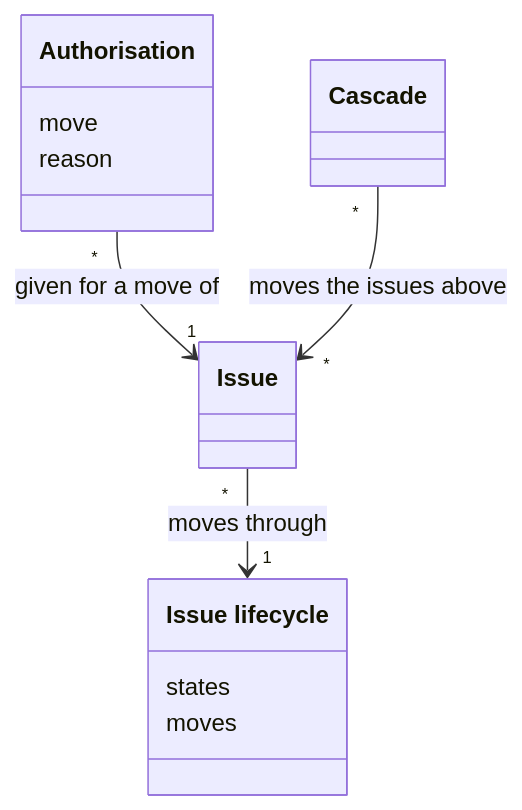
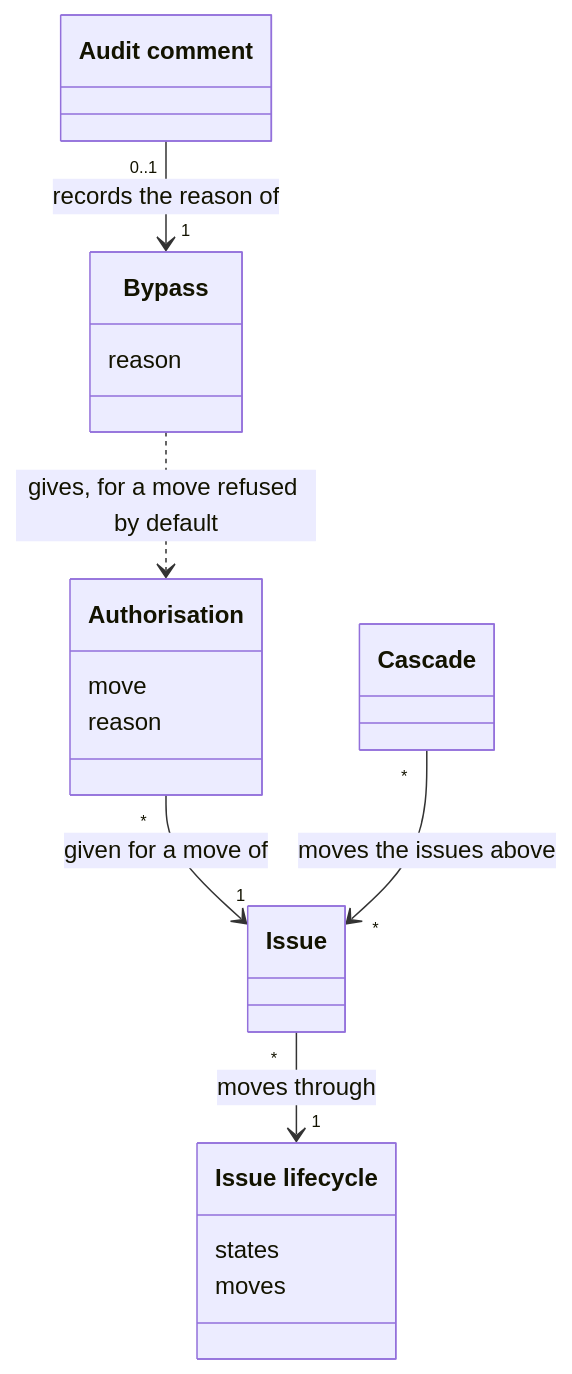
Before and after one commit to aleskalfas/project-kit: the first of 3 diagrams in tech-docs/analysis/project-management/domain-model/030-the-issue-lifecycle.md, drawn with Mermaid. The commit also changed other lines of this file and 11 other files, not shown here.

````diff
--- a/tech-docs/analysis/project-management/domain-model/030-the-issue-lifecycle.md
+++ b/tech-docs/analysis/project-management/domain-model/030-the-issue-lifecycle.md
@@ -30,18 +36,24 @@
 ```mermaid
 classDiagram
   accTitle: The issue lifecycle
-  accDescr: An issue moves through the issue lifecycle's states. A move the lifecycle leaves to a person needs an authorisation, given for that issue. Each move of an issue brings about the cascade on the issues above it.
+  accDescr: An issue moves through the issue lifecycle's states. A move the lifecycle leaves to a person needs an authorisation, given for that issue, and a bypass gives one for a move refused by default. An audit comment records a bypass's reason. Each move of an issue brings about the cascade on the issues above it.
   class IssueLifecycle["Issue lifecycle"] {
     states
     moves
   }
   class Authorisation {
     move
     reason
   }
   class Cascade
+  class Bypass {
+    reason
+  }
+  class AuditComment["Audit comment"]
   class Issue
   Issue "*" --> "1" IssueLifecycle : moves through
   Authorisation "*" --> "1" Issue : given for a move of
   Cascade "*" --> "*" Issue : moves the issues above
+  Bypass ..> Authorisation : gives, for a move refused by default
+  AuditComment "0..1" --> "1" Bypass : records the reason of
 ```
````
